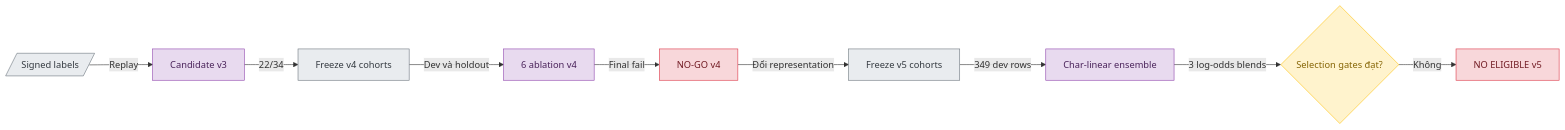
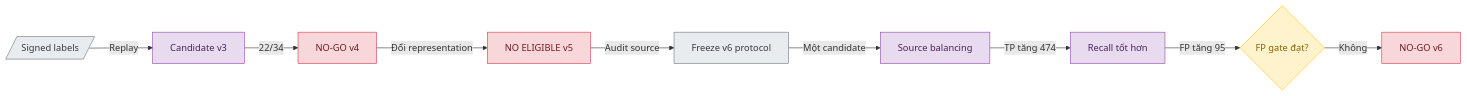
The diagram in docs/research/ml/representative-false-negative-analysis.md (vmcchooky/safe-zone), drawn with Mermaid before and after one commit. The commit also changed other lines of this file and 4 other files, not shown here.

````diff
--- a/docs/research/ml/representative-false-negative-analysis.md
+++ b/docs/research/ml/representative-false-negative-analysis.md
@@ -12,20 +12,20 @@
 ```mermaid
 flowchart LR
     A[/Signed labels/] -->|Replay| B[Candidate v3]
-    B -->|22/34| C[Freeze v4 cohorts]
-    C -->|Dev và holdout| D[6 ablation v4]
-    D -->|Final fail| E[NO-GO v4]
-    E -->|Đổi representation| F[Freeze v5 cohorts]
-    F -->|349 dev rows| G[Char-linear ensemble]
-    G -->|3 log-odds blends| H{Selection gates đạt?}
-    H -->|Không| I[NO ELIGIBLE v5]
+    B -->|22/34| C[NO-GO v4]
+    C -->|Đổi representation| D[NO ELIGIBLE v5]
+    D -->|Audit source| E[Freeze v6 protocol]
+    E -->|Một candidate| F[Source balancing]
+    F -->|TP tăng 474| G[Recall tốt hơn]
+    G -->|FP tăng 95| H{FP gate đạt?}
+    H -->|Không| I[NO-GO v6]
 
     classDef input fill:#E9ECEF,stroke:#6C757D,color:#343A40
     classDef ai fill:#E8DAEF,stroke:#8E44AD,color:#4A235A
     classDef decision fill:#FFF3CD,stroke:#FFC107,color:#856404
     classDef blocked fill:#F8D7DA,stroke:#DC3545,color:#721C24
-    class A,C,F input
-    class B,D,G ai
+    class A,E input
+    class B,F,G ai
     class H decision
-    class E,I blocked
+    class C,D,I blocked
 ```
````
